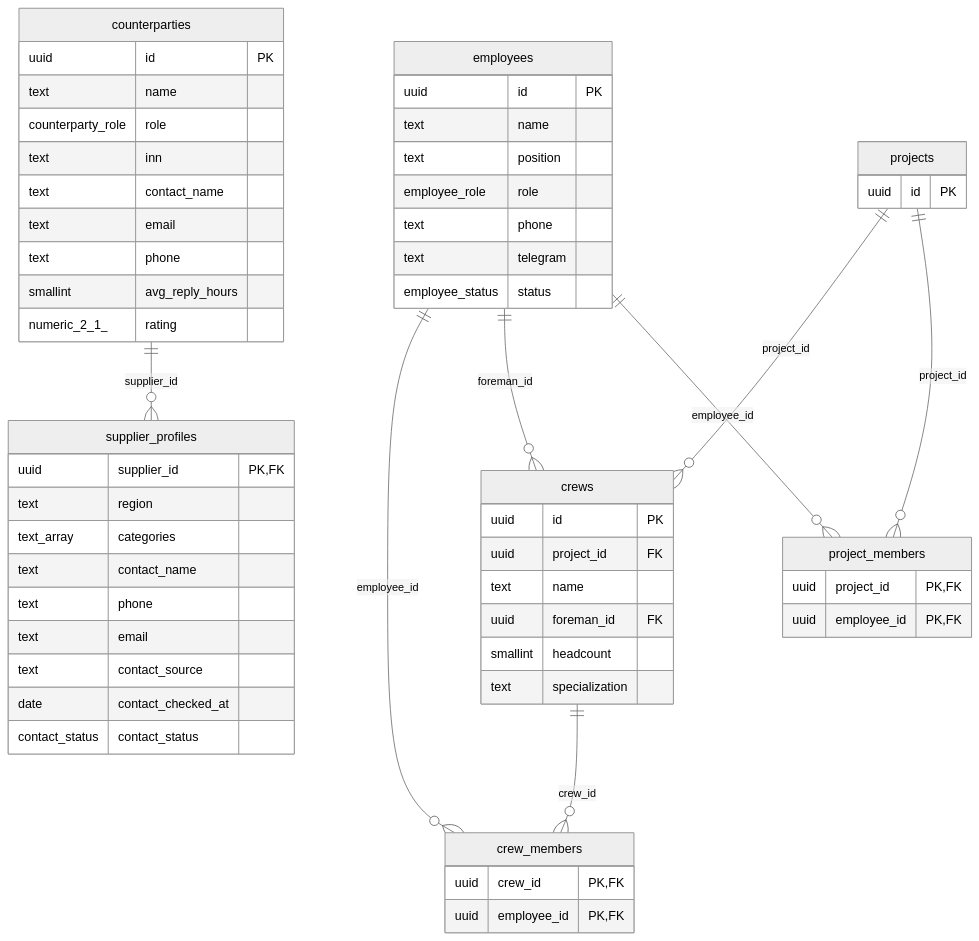
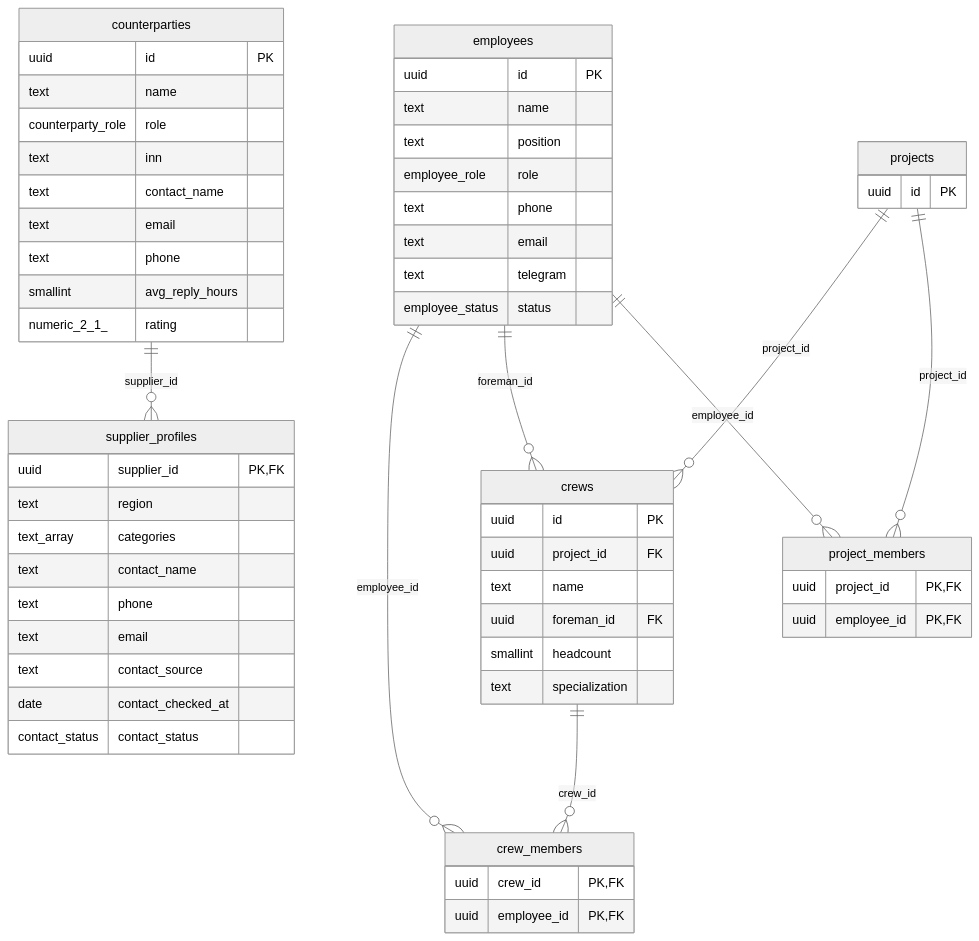
One commit to Neeklo1606/facade-ai-flow changed the first of 5 diagrams in docs/db/schema.md. Above: the diagram before and after it, drawn with Mermaid (neutral theme). The commit also changed other lines of this file and 18 other files, not shown here.

````diff
--- a/docs/db/schema.md
+++ b/docs/db/schema.md
@@ -56,60 +56,61 @@
 ```mermaid
 erDiagram
   projects ||--o{ project_members : project_id
   employees ||--o{ project_members : employee_id
   counterparties ||--o{ supplier_profiles : supplier_id
   projects ||--o{ crews : project_id
   employees ||--o{ crews : foreman_id
   crews ||--o{ crew_members : crew_id
   employees ||--o{ crew_members : employee_id
   employees {
     uuid id PK
     text name
     text position
     employee_role role
     text phone
+    text email
     text telegram
     employee_status status
   }
   project_members {
     uuid project_id PK,FK
     uuid employee_id PK,FK
   }
   counterparties {
     uuid id PK
     text name
     counterparty_role role
     text inn
     text contact_name
     text email
     text phone
     smallint avg_reply_hours
     numeric_2_1_ rating
   }
   supplier_profiles {
     uuid supplier_id PK,FK
     text region
     text_array categories
     text contact_name
     text phone
     text email
     text contact_source
     date contact_checked_at
     contact_status contact_status
   }
   crews {
     uuid id PK
     uuid project_id FK
     text name
     uuid foreman_id FK
     smallint headcount
     text specialization
   }
   crew_members {
     uuid crew_id PK,FK
     uuid employee_id PK,FK
   }
   projects {
     uuid id PK
   }
 ```
````
